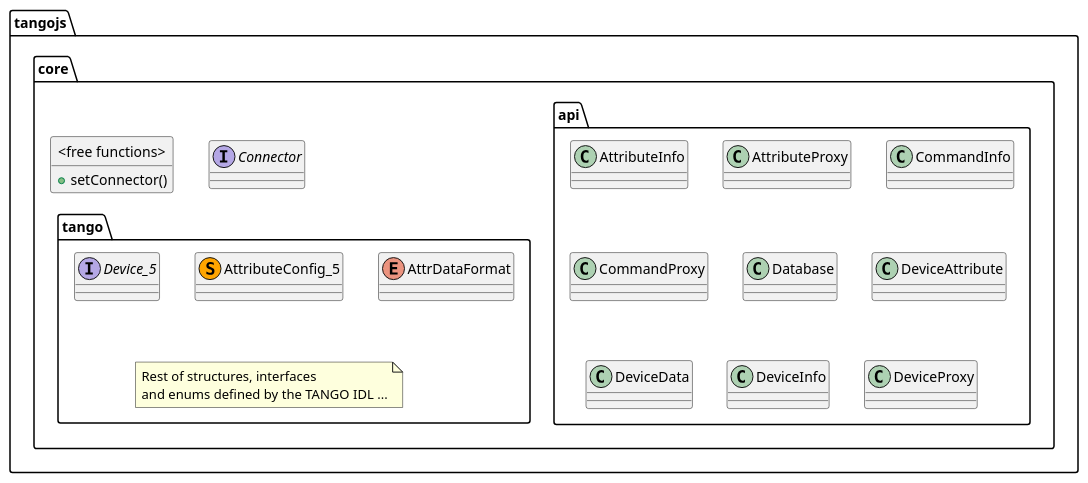
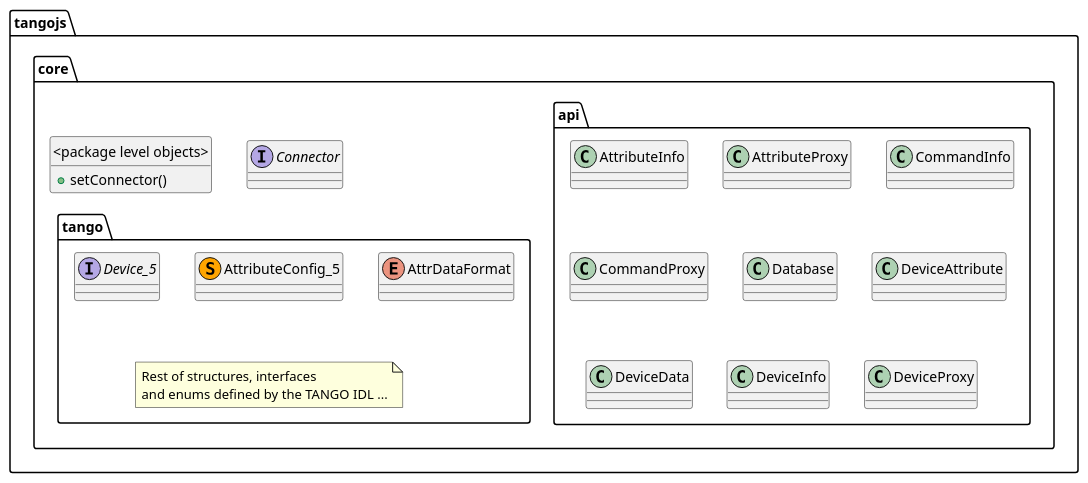
One commit to mliszcz/msc-thesis changed the diagram in thesis/figures/uml-source/03-tangojs-internal-core.pu. Above: the diagram before and after it, drawn with PlantUML. The commit also changed 3 other files, not shown here.

```diff
--- a/thesis/figures/uml-source/03-tangojs-internal-core.pu
+++ b/thesis/figures/uml-source/03-tangojs-internal-core.pu
@@ -1,40 +1,40 @@
 @startuml
 
 package "tangojs.core" {
 
   interface Connector
 
-  class "<free functions>" {
+  class "<package level objects>" {
     +setConnector()
   }
 
-  hide "<free functions>" circle
-  hide "<free functions>" fields
+  hide "<package level objects>" circle
+  hide "<package level objects>" fields
 
   package "api" {
     class AttributeInfo
     class AttributeProxy
     class CommandInfo
     class CommandProxy
     class Database
     class DeviceAttribute
     class DeviceData
     class DeviceInfo
     class DeviceProxy
   }
 
   package "tango" {
     class AttributeConfig_5 <<(S,orange)>>
     interface Device_5
     enum AttrDataFormat
     note as N1
       Rest of structures, interfaces
       and enums defined by the TANGO IDL ...
     end note
   }
 
   ' just for alignment
   Connector -[hidden]-> Device_5
 }
 
 @enduml
```
